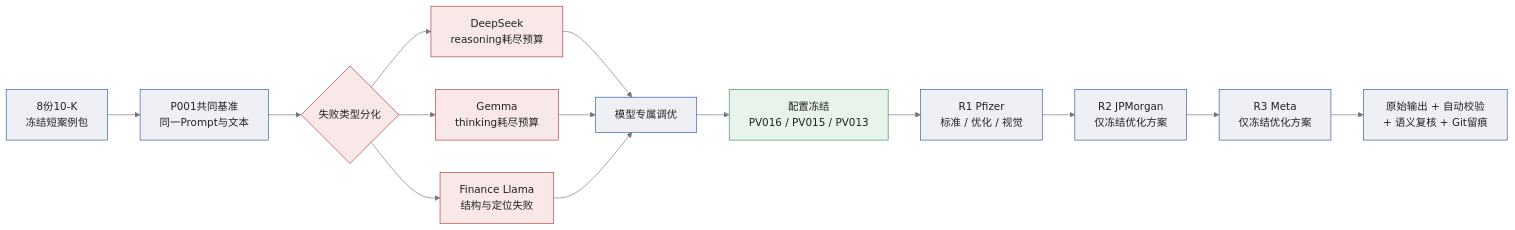
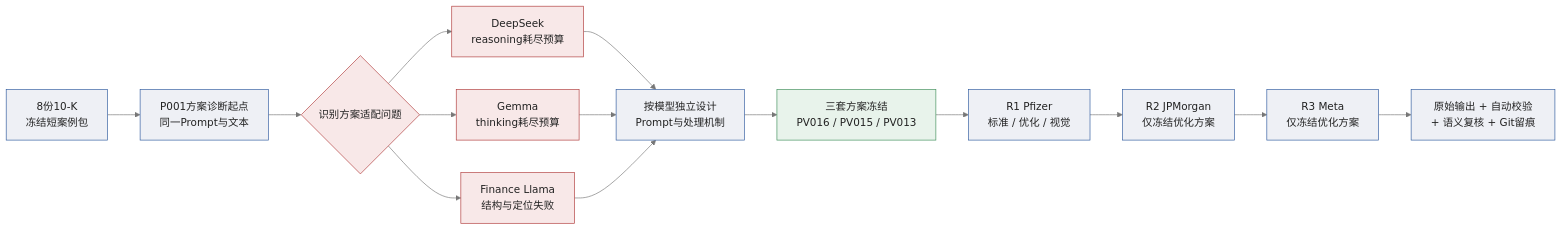
Before and after one commit to Alhabor/financial-filing-extraction: the diagram in report/visuals/src/experiment_route.mmd, drawn with Mermaid. The commit also changed 3 other files, not shown here.

```diff
--- a/report/visuals/src/experiment_route.mmd
+++ b/report/visuals/src/experiment_route.mmd
@@ -1,22 +1,22 @@
 %%{init: {"theme": "base", "themeVariables": {"fontFamily": "Arial Unicode MS", "primaryColor": "#EEF0F5", "primaryTextColor": "#222222", "primaryBorderColor": "#2E5A9E", "lineColor": "#777777"}}}%%
 flowchart LR
-  A[8份10-K<br/>冻结短案例包] --> B[P001共同基准<br/>同一Prompt与文本]
-  B --> C{失败类型分化}
+  A[8份10-K<br/>冻结短案例包] --> B[P001方案诊断起点<br/>同一Prompt与文本]
+  B --> C{识别方案适配问题}
   C --> D[DeepSeek<br/>reasoning耗尽预算]
   C --> E[Gemma<br/>thinking耗尽预算]
   C --> F[Finance Llama<br/>结构与定位失败]
-  D --> G[模型专属调优]
+  D --> G[按模型独立设计<br/>Prompt与处理机制]
   E --> G
   F --> G
-  G --> H[配置冻结<br/>PV016 / PV015 / PV013]
+  G --> H[三套方案冻结<br/>PV016 / PV015 / PV013]
   H --> I[R1 Pfizer<br/>标准 / 优化 / 视觉]
   I --> J[R2 JPMorgan<br/>仅冻结优化方案]
   J --> K[R3 Meta<br/>仅冻结优化方案]
   K --> L[原始输出 + 自动校验<br/>+ 语义复核 + Git留痕]
 
   classDef stage fill:#EEF0F5,stroke:#2E5A9E,color:#222222;
   classDef fail fill:#F8E8E8,stroke:#B03A3A,color:#222222;
   classDef freeze fill:#E8F3EB,stroke:#3E8E5A,color:#222222;
   class A,B,G,I,J,K,L stage;
   class C,D,E,F fail;
   class H freeze;
```
